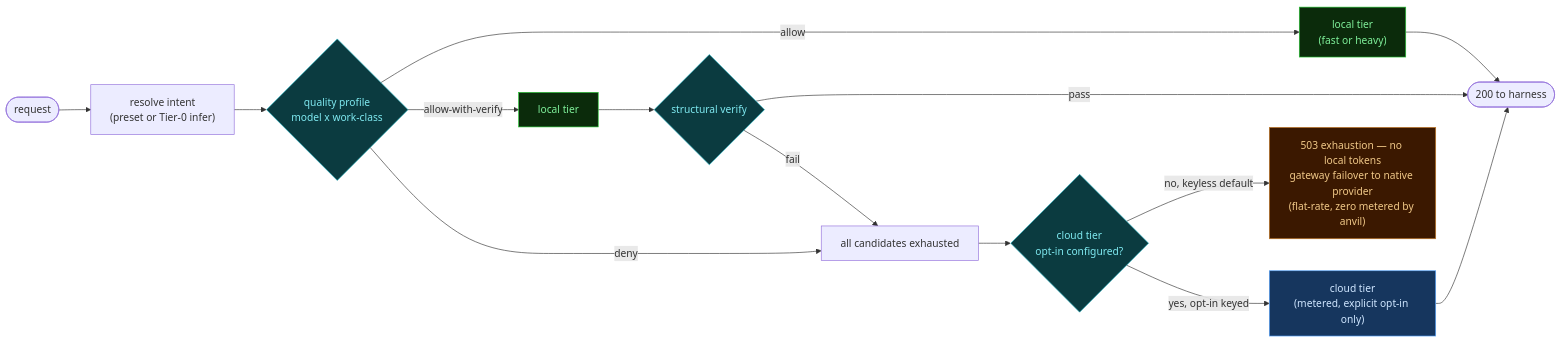
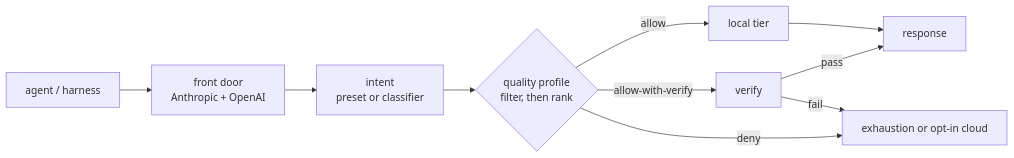
Before and after one commit to fakoli/anvil-serving: the diagram in README.md, drawn with Mermaid. The commit also changed other lines of this file and 6 other files, not shown here.

````diff
--- a/README.md
+++ b/README.md
@@ -107,24 +62,12 @@
 ```mermaid
 flowchart LR
-    REQ([request]) --> RES["resolve intent<br/>(preset or Tier-0 infer)"]
-    RES --> POL{"quality profile<br/>model x work-class"}
-    POL -->|allow| LOCAL["local tier<br/>(fast or heavy)"]
-    POL -->|"allow-with-verify"| LV[local tier]
-    LV --> VER{"structural verify"}
-    VER -->|pass| RET([200 to harness])
-    LOCAL --> RET
-    VER -->|fail| MISS[all candidates exhausted]
-    POL -->|deny| MISS
-    MISS --> GATE{"cloud tier<br/>opt-in configured?"}
-    GATE -->|"no, keyless default"| SOS["503 exhaustion — no local tokens<br/>gateway failover to native provider<br/>(flat-rate, zero metered by anvil)"]
-    GATE -->|"yes, opt-in keyed"| CLOUD["cloud tier<br/>(metered, explicit opt-in only)"]
-    CLOUD --> RET
-    classDef gate fill:#0b3b40,stroke:#23b6c4,color:#7fe9f0;
-    classDef cloud fill:#16365e,stroke:#58a6ff,color:#cfe6ff;
-    classDef local fill:#0b2b0b,stroke:#23c430,color:#7ff09a;
-    classDef escape fill:#3b1800,stroke:#c47823,color:#f0c887;
-    class POL,VER,GATE gate;
-    class CLOUD cloud;
-    class LOCAL,LV local;
-    class SOS escape;
+    H["agent / harness"] --> FD["front door<br/>Anthropic + OpenAI"]
+    FD --> INT["intent<br/>preset or classifier"]
+    INT --> POL{"quality profile<br/>filter, then rank"}
+    POL -->|"allow"| L["local tier"]
+    POL -->|"allow-with-verify"| V["verify"]
+    POL -->|"deny"| E["exhaustion or opt-in cloud"]
+    L --> R["response"]
+    V -->|"pass"| R
+    V -->|"fail"| E
 ```
````
